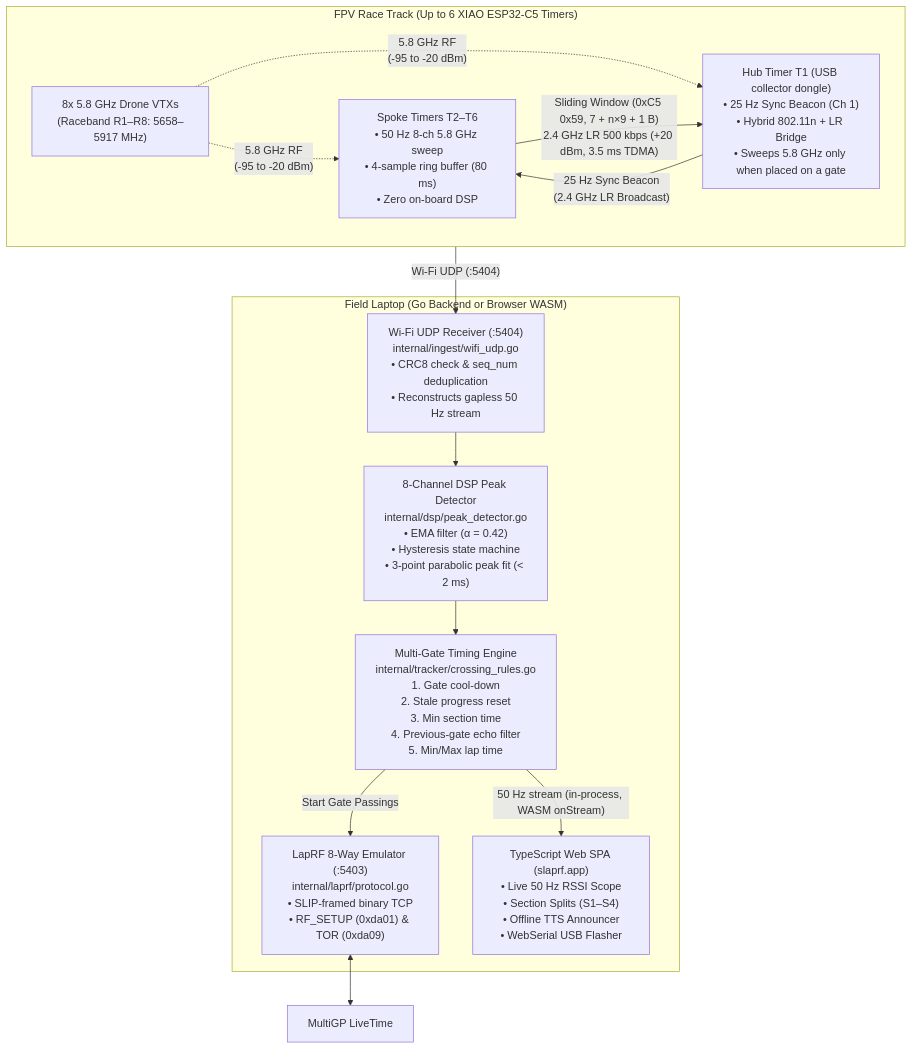
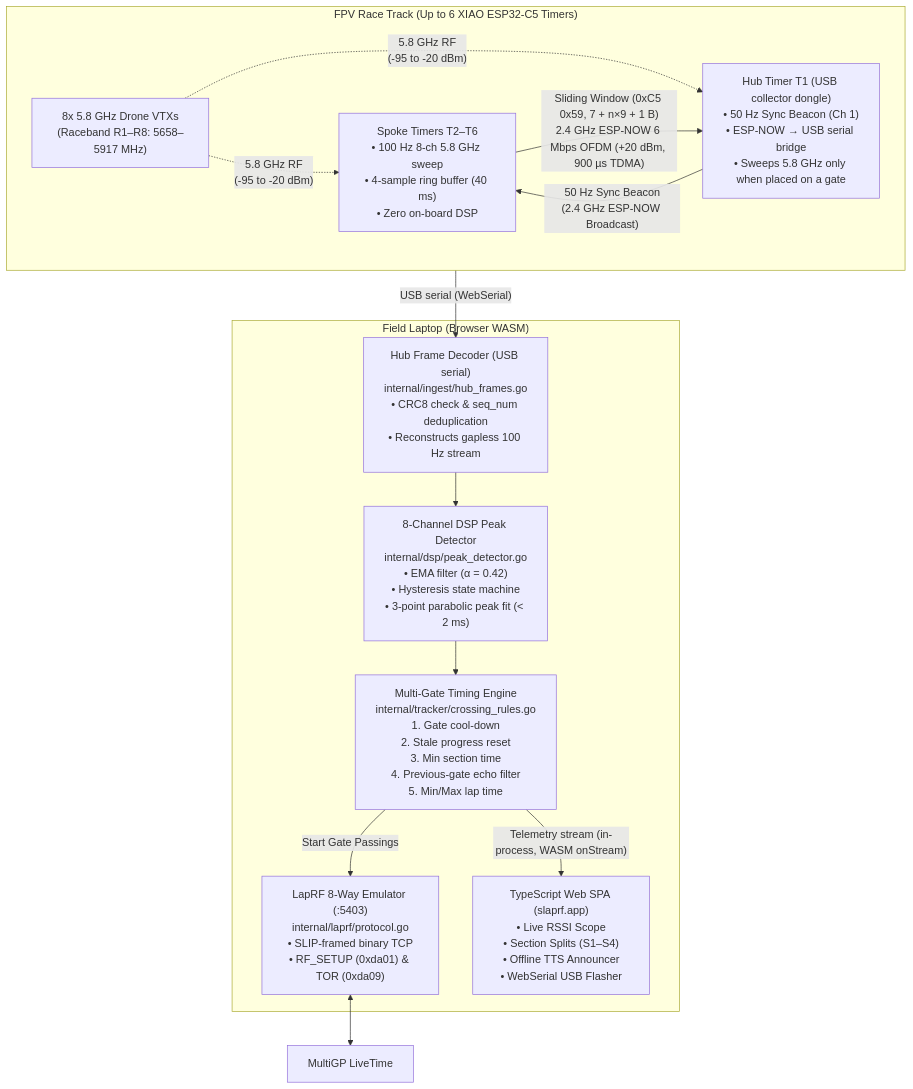
The first of 6 diagrams in docs/ARCHITECTURE.md (kaack/SlapRF), drawn with Mermaid before and after one commit. The commit also changed other lines of this file and 79 other files, not shown here.

````diff
--- a/docs/ARCHITECTURE.md
+++ b/docs/ARCHITECTURE.md
@@ -40,31 +40,31 @@
 ```mermaid
 flowchart TB
     subgraph Field["FPV Race Track (Up to 6 XIAO ESP32-C5 Timers)"]
         direction LR
         VTX["8x 5.8 GHz Drone VTXs\n(Raceband R1–R8: 5658–5917 MHz)"]
-        Spokes["Spoke Timers T2–T6\n• 50 Hz 8-ch 5.8 GHz sweep\n• 4-sample ring buffer (80 ms)\n• Zero on-board DSP"]
-        Hub["Hub Timer T1 (USB collector dongle)\n• 25 Hz Sync Beacon (Ch 1)\n• Hybrid 802.11n + LR Bridge\n• Sweeps 5.8 GHz only when placed on a gate"]
+        Spokes["Spoke Timers T2–T6\n• 100 Hz 8-ch 5.8 GHz sweep\n• 4-sample ring buffer (40 ms)\n• Zero on-board DSP"]
+        Hub["Hub Timer T1 (USB collector dongle)\n• 50 Hz Sync Beacon (Ch 1)\n• ESP-NOW → USB serial bridge\n• Sweeps 5.8 GHz only when placed on a gate"]
 
         VTX -. "5.8 GHz RF\n(-95 to -20 dBm)" .-> Spokes
         VTX -. "5.8 GHz RF\n(-95 to -20 dBm)" .-> Hub
-        Hub -- "25 Hz Sync Beacon\n(2.4 GHz LR Broadcast)" --> Spokes
-        Spokes -- "Sliding Window (0xC5 0x59, 7 + n×9 + 1 B)\n2.4 GHz LR 500 kbps (+20 dBm, 3.5 ms TDMA)" --> Hub
+        Hub -- "50 Hz Sync Beacon\n(2.4 GHz ESP-NOW Broadcast)" --> Spokes
+        Spokes -- "Sliding Window (0xC5 0x59, 7 + n×9 + 1 B)\n2.4 GHz ESP-NOW 6 Mbps OFDM (+20 dBm, 900 µs TDMA)" --> Hub
     end
 
-    subgraph Laptop["Field Laptop (Go Backend or Browser WASM)"]
-        UDP["Wi-Fi UDP Receiver (:5404)\ninternal/ingest/wifi_udp.go\n• CRC8 check & seq_num deduplication\n• Reconstructs gapless 50 Hz stream"]
+    subgraph Laptop["Field Laptop (Browser WASM)"]
+        Ingest["Hub Frame Decoder (USB serial)\ninternal/ingest/hub_frames.go\n• CRC8 check & seq_num deduplication\n• Reconstructs gapless 100 Hz stream"]
         DSP["8-Channel DSP Peak Detector\ninternal/dsp/peak_detector.go\n• EMA filter (α = 0.42)\n• Hysteresis state machine\n• 3-point parabolic peak fit (< 2 ms)"]
         Rules["Multi-Gate Timing Engine\ninternal/tracker/crossing_rules.go\n1. Gate cool-down\n2. Stale progress reset\n3. Min section time\n4. Previous-gate echo filter\n5. Min/Max lap time"]
         LapRF["LapRF 8-Way Emulator (:5403)\ninternal/laprf/protocol.go\n• SLIP-framed binary TCP\n• RF_SETUP (0xda01) & TOR (0xda09)"]
-        SPA["TypeScript Web SPA (slaprf.app)\n• Live 50 Hz RSSI Scope\n• Section Splits (S1–S4)\n• Offline TTS Announcer\n• WebSerial USB Flasher"]
+        SPA["TypeScript Web SPA (slaprf.app)\n• Live RSSI Scope\n• Section Splits (S1–S4)\n• Offline TTS Announcer\n• WebSerial USB Flasher"]
 
-        Hub -- "Wi-Fi UDP (:5404)" --> UDP
-        UDP --> DSP
+        Hub -- "USB serial (WebSerial)" --> Ingest
+        Ingest --> DSP
         DSP --> Rules
-        Rules -- "50 Hz stream (in-process, WASM onStream)" --> SPA
+        Rules -- "Telemetry stream (in-process, WASM onStream)" --> SPA
         Rules -- "Start Gate Passings" --> LapRF
     end
 
     LiveTime["MultiGP LiveTime"]
     LapRF <--> LiveTime
 ```
````
